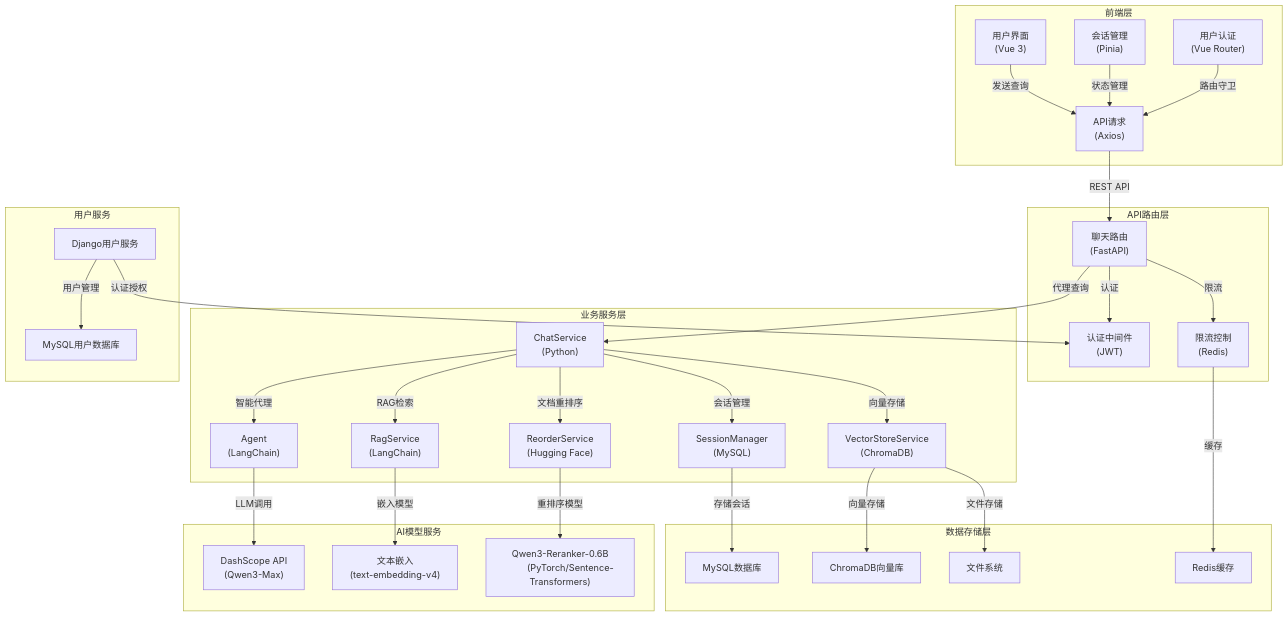
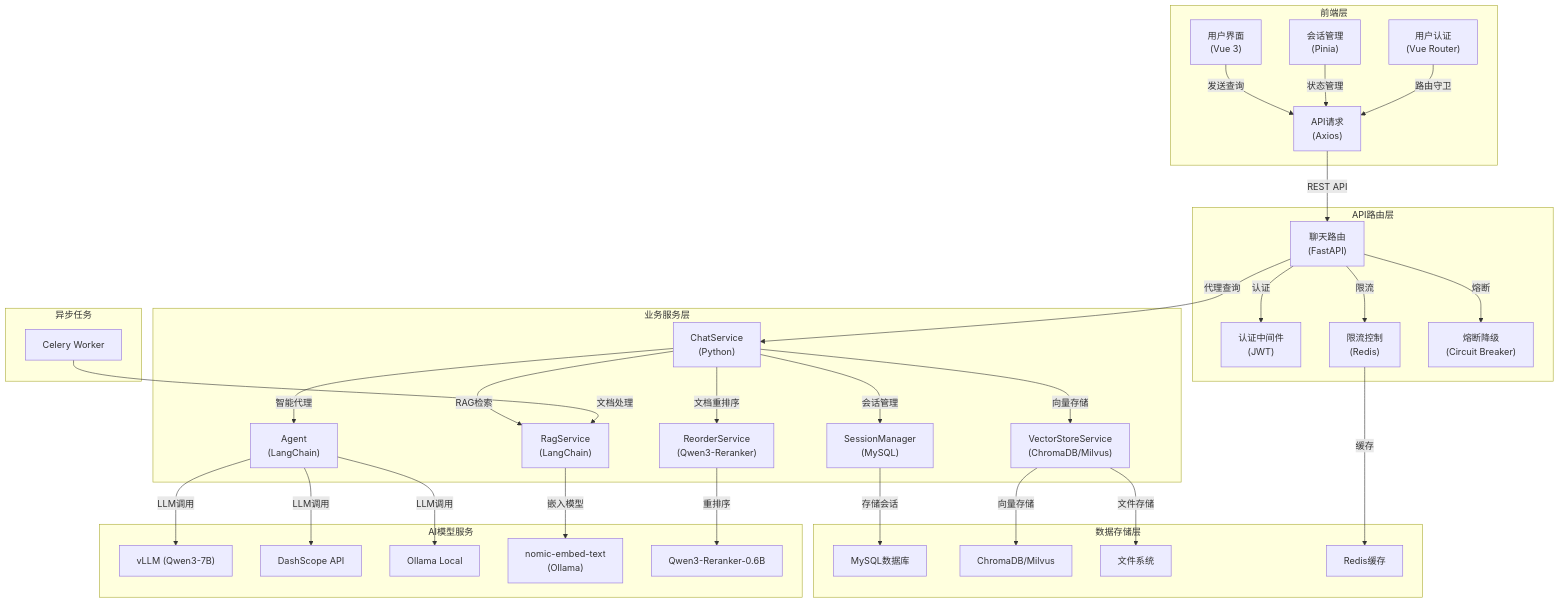
One commit to huasheng6543/LangChain-RAG-FastAPI-Service-master changed the diagram in README.md. Above: the diagram before and after it, drawn with Mermaid. The commit also changed other lines of this file, not shown here.

Commit message:
更新README文档，适配v2.0.0版本： - 移除Django用户服务相关内容 - 添加三种运行模式说明（向量模式/LLM模式/完整模式） - 更新技术架构图，增加vLLM、Milvus、Redis等组件 - 更新项目结构，移除DjangoUserService目录 - 添加一键启动脚本说明 - 更新API接口文档 - 添加Docker部署指南 - 更新故障排除章节

````diff
--- a/README.md
+++ b/README.md
@@ -34,57 +43,58 @@
 ```mermaid
 flowchart TD
     subgraph "前端层"
         A["用户界面
         (Vue 3)"] -->|发送查询| B["API请求
         (Axios)"]
         C["会话管理
         (Pinia)"] -->|状态管理| B
         D["用户认证
         (Vue Router)"] -->|路由守卫| B
     end
 
     subgraph "API路由层"
         B -->|REST API| E["聊天路由
         (FastAPI)"]
         E -->|认证| F["认证中间件
         (JWT)"]
         E -->|限流| G["限流控制
         (Redis)"]
+        E -->|熔断| H["熔断降级
+        (Circuit Breaker)"]
     end
 
     subgraph "业务服务层"
-        E -->|代理查询| H["ChatService
+        E -->|代理查询| I["ChatService
         (Python)"]
-        H -->|会话管理| I["SessionManager
+        I -->|会话管理| J["SessionManager
         (MySQL)"]
-        H -->|RAG检索| J["RagService
+        I -->|RAG检索| K["RagService
         (LangChain)"]
-        H -->|向量存储| K["VectorStoreService
-        (ChromaDB)"]
-        H -->|智能代理| L["Agent
+        I -->|向量存储| L["VectorStoreService
+        (ChromaDB/Milvus)"]
+        I -->|智能代理| M["Agent
         (LangChain)"]
-        H -->|文档重排序| M["ReorderService
-        (Hugging Face)"]
+        I -->|文档重排序| N["ReorderService
+        (Qwen3-Reranker)"]
     end
 
     subgraph "数据存储层"
-        I -->|存储会话| N["MySQL数据库"]
-        K -->|向量存储| O["ChromaDB向量库"]
-        K -->|文件存储| P["文件系统"]
-        G -->|缓存| Q["Redis缓存"]
+        J -->|存储会话| O["MySQL数据库"]
+        L -->|向量存储| P["ChromaDB/Milvus"]
+        L -->|文件存储| Q["文件系统"]
+        G -->|缓存| R["Redis缓存"]
     end
 
     subgraph "AI模型服务"
-        L -->|LLM调用| R["DashScope API
-        (Qwen3-Max)"]
-        J -->|嵌入模型| S["文本嵌入
-        (text-embedding-v4)"]
-        M -->|重排序模型| T["Qwen3-Reranker-0.6B
-        (PyTorch/Sentence-Transformers)"]
+        M -->|LLM调用| S["vLLM (Qwen3-7B)"]
+        M -->|LLM调用| T["DashScope API"]
+        M -->|LLM调用| U["Ollama Local"]
+        K -->|嵌入模型| V["nomic-embed-text
+        (Ollama)"]
+        N -->|重排序| W["Qwen3-Reranker-0.6B"]
     end
 
-    subgraph "用户服务"
-        U["Django用户服务"] -->|认证授权| F
-        U -->|用户管理| V["MySQL用户数据库"]
+    subgraph "异步任务"
+        X["Celery Worker"] -->|文档处理| K
     end
 ```
````
